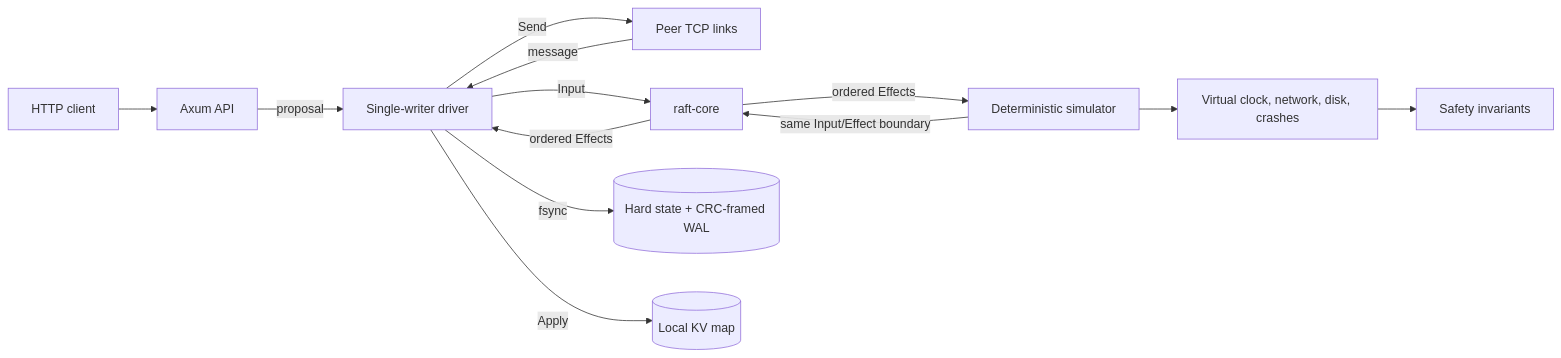
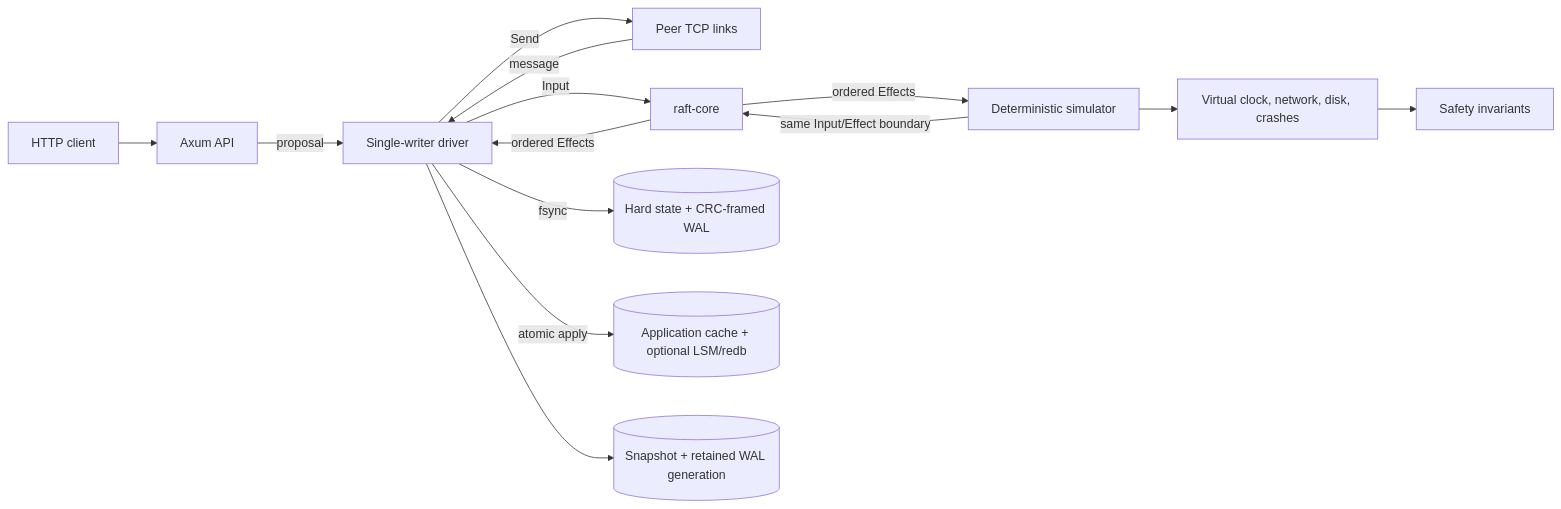
One commit to pes1ug23am910/micro-raft changed the diagram in README.md. Above: the diagram before and after it, drawn with Mermaid. The commit also changed other lines of this file and 142 other files, not shown here.

````diff
--- a/README.md
+++ b/README.md
@@ -16,16 +24,17 @@
 ```mermaid
 flowchart LR
     Client[HTTP client] --> API[Axum API]
     API -->|proposal| Driver[Single-writer driver]
     Peer[Peer TCP links] -->|message| Driver
     Driver -->|Input| Core[raft-core]
     Core -->|ordered Effects| Driver
     Driver -->|fsync| Disk[(Hard state + CRC-framed WAL)]
     Driver -->|Send| Peer
-    Driver -->|Apply| KV[(Local KV map)]
+    Driver -->|atomic apply| State[(Application cache + optional LSM/redb)]
+    Driver --> Snapshot[(Snapshot + retained WAL generation)]
 
     Sim[Deterministic simulator] -->|same Input/Effect boundary| Core
     Core -->|ordered Effects| Sim
     Sim --> Virtual[Virtual clock, network, disk, crashes]
     Virtual --> Checks[Safety invariants]
 ```
````
